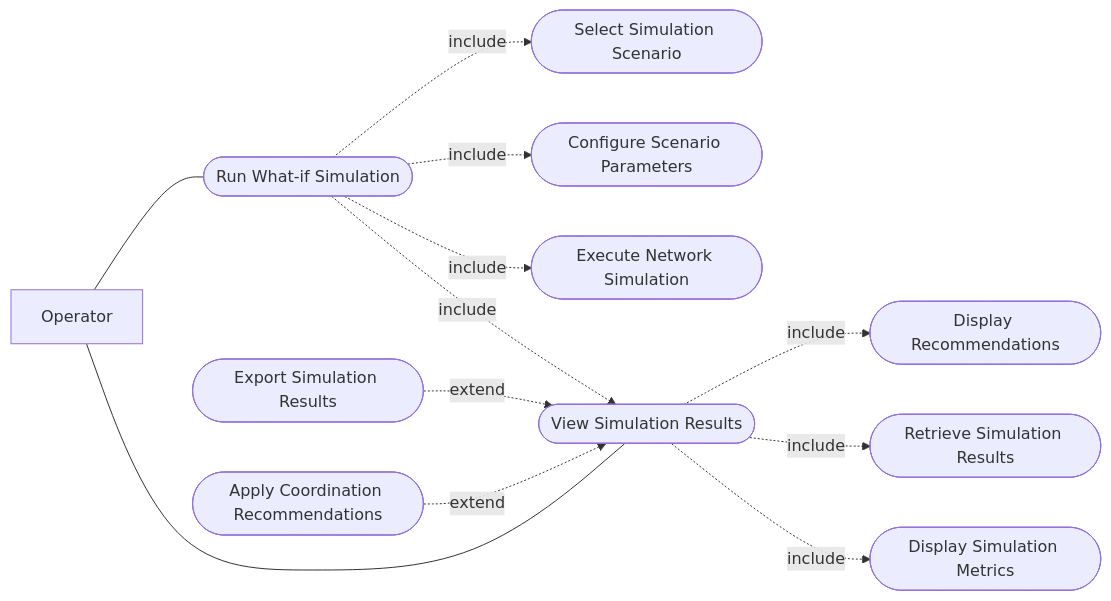
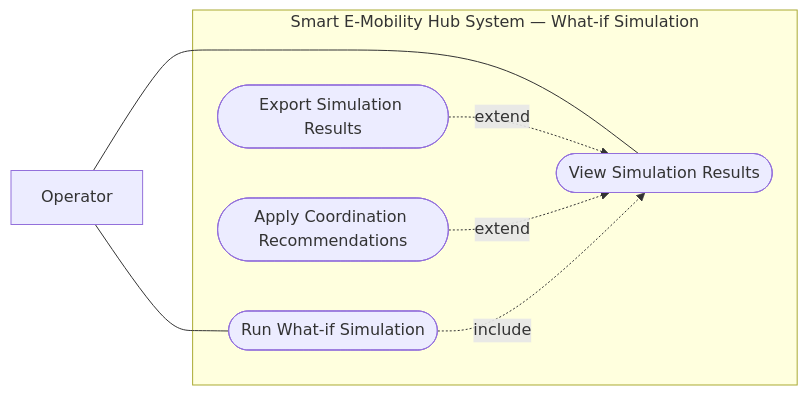
Before and after one commit to YdtTran/software-engineerning: diagram 14 of 14 in docs/diagrams/01_Usecase_Diagram/README.md, drawn with Mermaid. The commit also changed other lines of this file and 72 other files, not shown here.

Commit message:
docs: publish updated Draw.io workflow and overview diagrams

````diff
--- a/docs/diagrams/01_Usecase_Diagram/README.md
+++ b/docs/diagrams/01_Usecase_Diagram/README.md
@@ -414,14 +449,15 @@
 ```mermaid
 flowchart LR
-  Operator[Operator] --- Run([Run What-if Simulation])
-  Operator --- View([View Simulation Results])
-  Run -. include .-> Select([Select Simulation Scenario])
-  Run -. include .-> Configure([Configure Scenario Parameters])
-  Run -. include .-> Execute([Execute Network Simulation])
-  Run -. include .-> View
-  View -. include .-> Recommendations([Display Recommendations])
-  View -. include .-> Retrieve([Retrieve Simulation Results])
-  View -. include .-> Metrics([Display Simulation Metrics])
-  Export([Export Simulation Results]) -. extend .-> View
-  Apply([Apply Coordination Recommendations]) -. extend .-> View
+actor_operator["Operator"]
+subgraph System["Smart E-Mobility Hub System — What-if Simulation"]
+  uc_UC13(["Run What-if Simulation"])
+  uc_UC14(["View Simulation Results"])
+  uc_UC14_uc_ext1(["Export Simulation Results"])
+  uc_UC14_uc_apply(["Apply Coordination Recommendations"])
+end
+actor_operator --- uc_UC13
+actor_operator --- uc_UC14
+uc_UC14_uc_ext1 -. "extend" .-> uc_UC14
+uc_UC14_uc_apply -. "extend" .-> uc_UC14
+uc_UC13 -. "include" .-> uc_UC14
 ```
````
